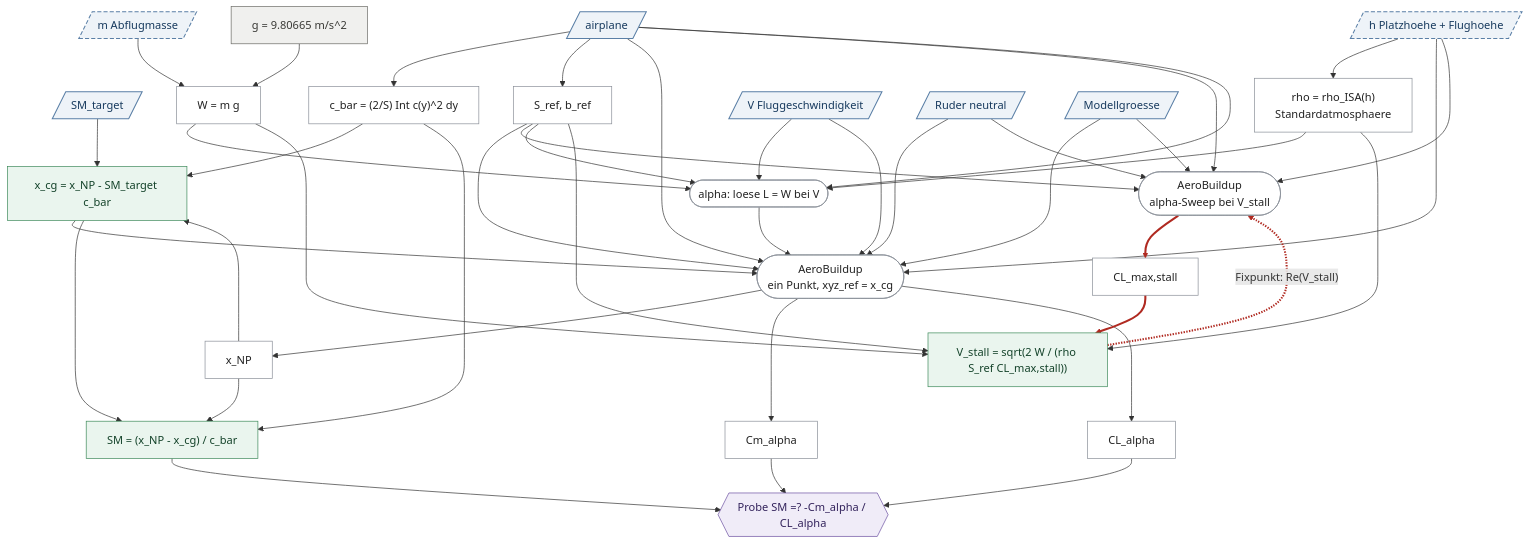
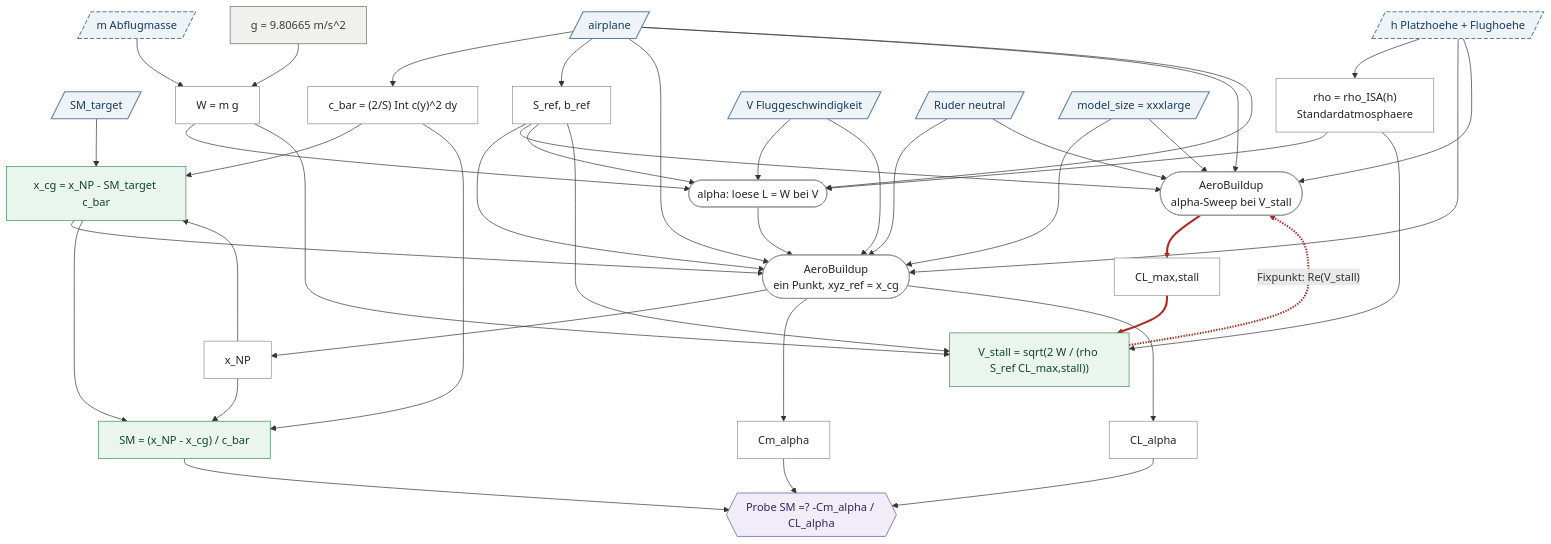
The second of 2 diagrams in _reversa_sdd/calculations/canon/PFAD3.md (szymansk/da3Dalus), drawn with Mermaid before and after one commit. The commit also changed other lines of this file and 1 other file, not shown here.

First line of the commit message:
docs(spec): fix the fidelity at xxxlarge, measured against low Reynolds numbers

```diff
--- a/_reversa_sdd/calculations/canon/PFAD3.md
+++ b/_reversa_sdd/calculations/canon/PFAD3.md
@@ -443,7 +443,7 @@
 
   VCR[/"V  Fluggeschwindigkeit"/]:::inp
   CTRL[/"Ruder neutral"/]:::inp
-  FID[/"Modellgroesse"/]:::inp
+  FID[/"model_size = xxxlarge"/]:::inp
 
   ALPHA(["alpha: loese L = W bei V"]):::drv
 
```
